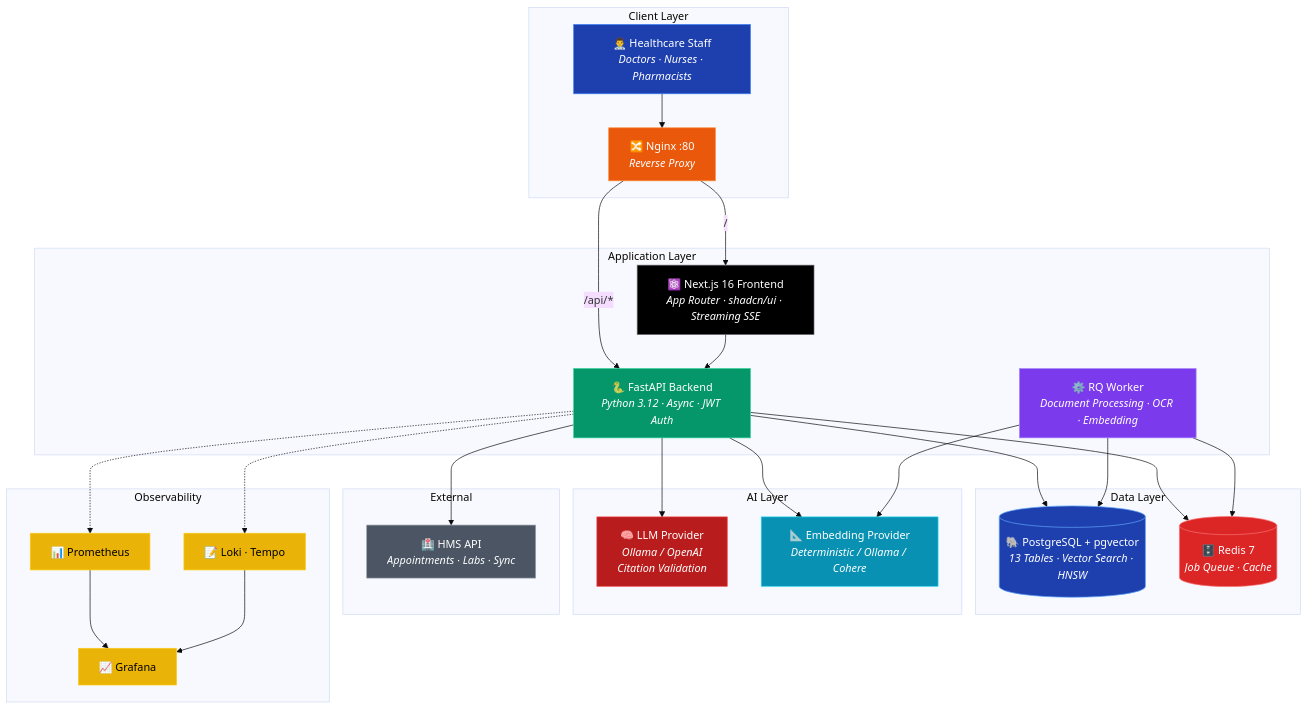
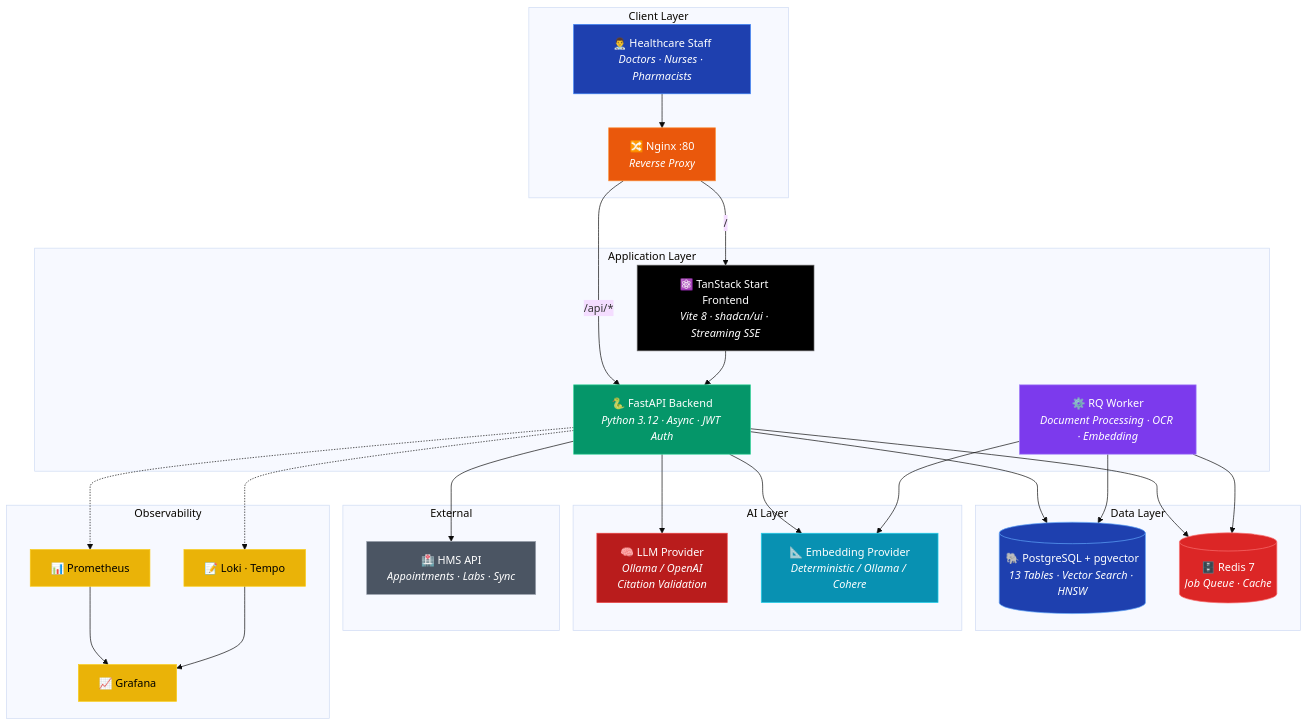
Before and after one commit to qwan30/chat-hospital-system: the first of 7 diagrams in README.md, drawn with Mermaid (base theme). The commit also changed other lines of this file and 37 other files, not shown here.

First line of the commit message:
docs: update README with screenshots, TanStack Start migration

````diff
--- a/README.md
+++ b/README.md
@@ -58,61 +59,61 @@
 ```mermaid
 graph TB
     subgraph "Client Layer"
         U[👨‍⚕️ Healthcare Staff<br/><i>Doctors · Nurses · Pharmacists</i>]
         N[🔀 Nginx :80<br/><i>Reverse Proxy</i>]
     end
 
     subgraph "Application Layer"
-        FE[⚛️ Next.js 16 Frontend<br/><i>App Router · shadcn/ui · Streaming SSE</i>]
+        FE[⚛️ TanStack Start Frontend<br/><i>Vite 8 · shadcn/ui · Streaming SSE</i>]
         BE[🐍 FastAPI Backend<br/><i>Python 3.12 · Async · JWT Auth</i>]
         W[⚙️ RQ Worker<br/><i>Document Processing · OCR · Embedding</i>]
     end
 
     subgraph "Data Layer"
         PG[("🐘 PostgreSQL + pgvector<br/><i>13 Tables · Vector Search · HNSW</i>")]
         RD[("🗄️ Redis 7<br/><i>Job Queue · Cache</i>")]
     end
 
     subgraph "AI Layer"
         LLM[🧠 LLM Provider<br/><i>Ollama / OpenAI<br/>Citation Validation</i>]
         EMB[📐 Embedding Provider<br/><i>Deterministic / Ollama / Cohere</i>]
     end
 
     subgraph "External"
         HMS[🏥 HMS API<br/><i>Appointments · Labs · Sync</i>]
     end
 
     subgraph "Observability"
         PR[📊 Prometheus] --> GF[📈 Grafana]
         LK[📝 Loki · Tempo] --> GF
     end
 
     U --> N
     N -->|"/api/*"| BE
     N -->|"/"| FE
     FE --> BE
     BE --> PG
     BE --> RD
     BE --> LLM
     BE --> EMB
     BE --> HMS
     W --> PG
     W --> RD
     W --> EMB
     BE -.-> PR
     BE -.-> LK
 
     style U fill:#1e40af,stroke:#3b82f6,color:#fff
     style N fill:#ea580c,stroke:#fb923c,color:#fff
     style FE fill:#000,stroke:#666,color:#fff
     style BE fill:#059669,stroke:#34d399,color:#fff
     style W fill:#7c3aed,stroke:#a78bfa,color:#fff
     style PG fill:#1e40af,stroke:#60a5fa,color:#fff
     style RD fill:#dc2626,stroke:#f87171,color:#fff
     style LLM fill:#b91c1c,stroke:#ef4444,color:#fff
     style EMB fill:#0891b2,stroke:#22d3ee,color:#fff
     style HMS fill:#4b5563,stroke:#9ca3af,color:#fff
     style PR fill:#eab308,stroke:#facc15,color:#000
     style GF fill:#eab308,stroke:#facc15,color:#000
     style LK fill:#eab308,stroke:#facc15,color:#000
 ```
````
